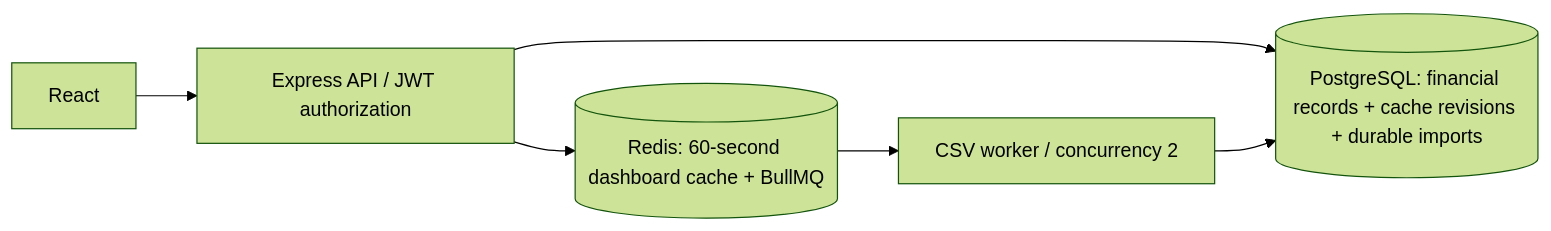
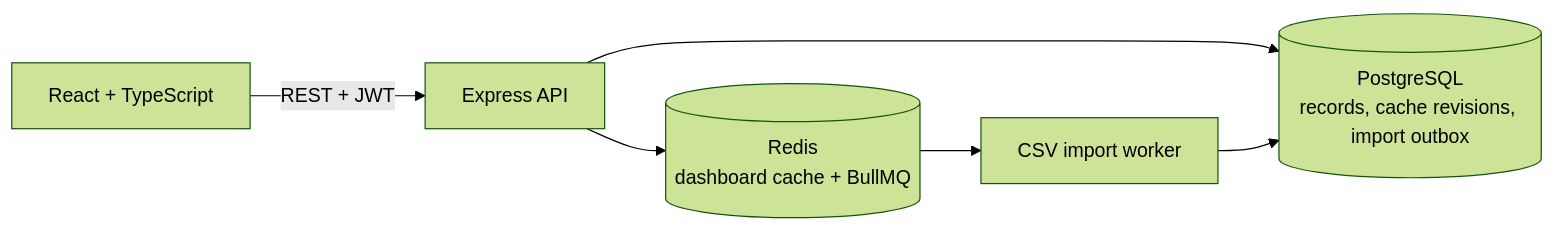
One commit to SaiSumedh18/finsight changed the diagram in README.md. Above: the diagram before and after it, drawn with Mermaid (forest theme). The commit also changed other lines of this file and 2 other files, not shown here.

````diff
--- a/README.md
+++ b/README.md
@@ -529,8 +22,8 @@
 ```mermaid
 flowchart LR
- React --> API[Express API / JWT authorization]
- API --> PG[(PostgreSQL: financial records + cache revisions + durable imports)]
- API --> Redis[(Redis: 60-second dashboard cache + BullMQ)]
- Redis --> Worker[CSV worker / concurrency 2]
- Worker --> PG
+  UI[React + TypeScript] -->|REST + JWT| API[Express API]
+  API --> PG[(PostgreSQL<br/>records, cache revisions, import outbox)]
+  API --> R[(Redis<br/>dashboard cache + BullMQ)]
+  R --> W[CSV import worker]
+  W --> PG
 ```
````
